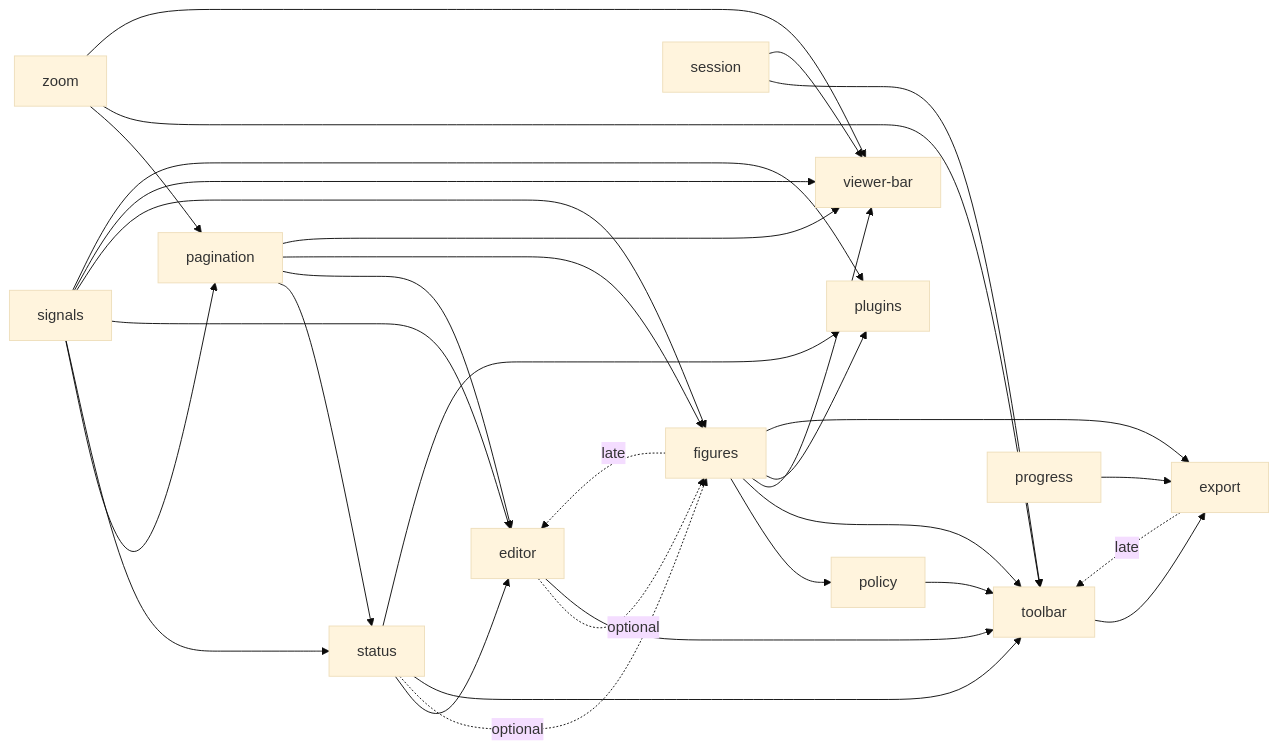
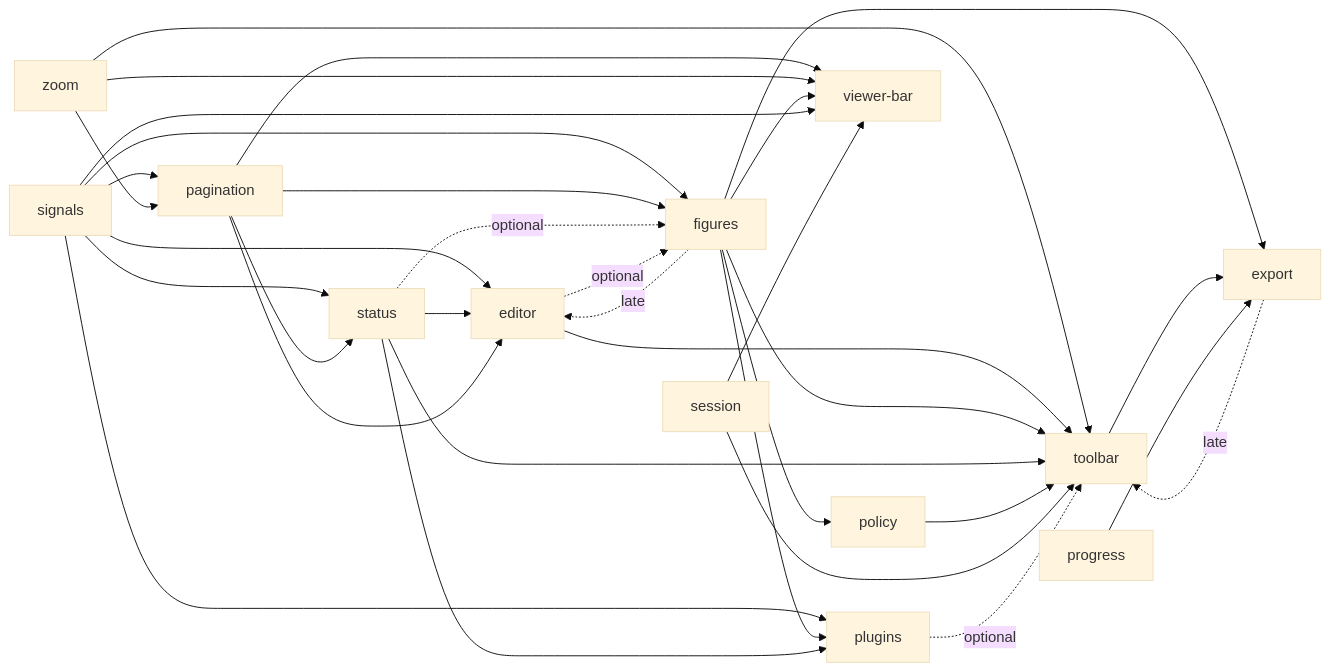
The diagram in DEPS.md (nakrasian/standalone-doc), drawn with Mermaid (base theme) before and after one commit. The commit also changed other lines of this file and 29 other files, not shown here.

````diff
--- a/DEPS.md
+++ b/DEPS.md
@@ -28,34 +28,35 @@
 ```mermaid
 graph LR
   signals --> pagination
   zoom --> pagination
   signals --> status
   pagination --> status
   signals --> editor
   status --> editor
   pagination --> editor
   figures -.->|late| editor
   signals --> figures
   pagination --> figures
   status -.->|optional| figures
   editor -.->|optional| figures
   figures --> policy
   zoom --> toolbar
   editor --> toolbar
   figures --> toolbar
   status --> toolbar
   policy --> toolbar
   session --> toolbar
   export -.->|late| toolbar
+  plugins -.->|optional| toolbar
   pagination --> viewer-bar
   zoom --> viewer-bar
   figures --> viewer-bar
   signals --> viewer-bar
   session --> viewer-bar
   signals --> plugins
   figures --> plugins
   status --> plugins
   figures --> export
   toolbar --> export
   progress --> export
 ```
````
